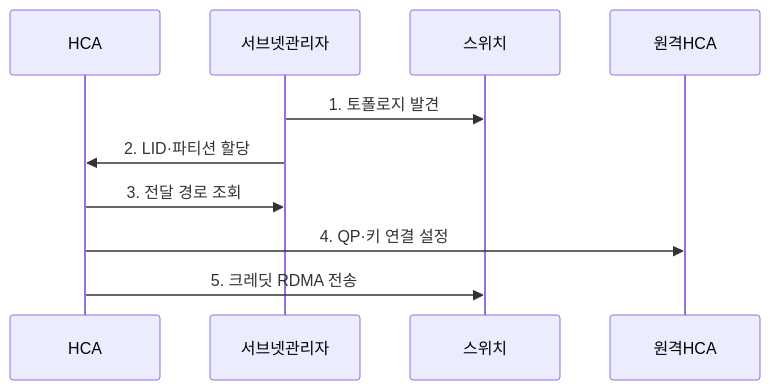
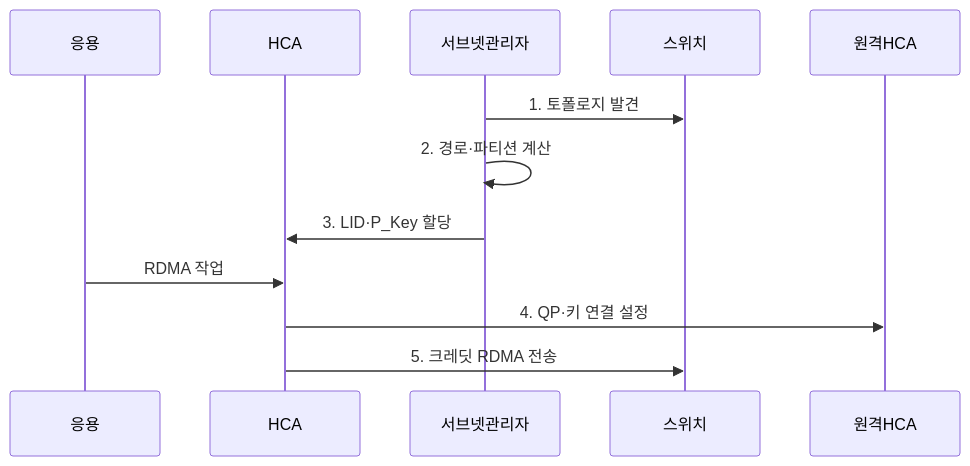
Before and after one commit to agnusdei1207/knowledge-base: the second of 2 diagrams in src/content/docs/notes/04-network/104_infiniband_cluster.md, drawn with Mermaid. The commit also changed other lines of this file and 16 other files, not shown here.

````diff
--- a/src/content/docs/notes/04-network/104_infiniband_cluster.md
+++ b/src/content/docs/notes/04-network/104_infiniband_cluster.md
@@ -84,12 +86,14 @@
 ```mermaid
 sequenceDiagram
+    participant 응용
     participant HCA
     participant 서브넷관리자
     participant 스위치
     participant 원격HCA
     서브넷관리자->>스위치: 1. 토폴로지 발견
-    서브넷관리자->>HCA: 2. LID·파티션 할당
-    HCA->>서브넷관리자: 3. 전달 경로 조회
+    서브넷관리자->>서브넷관리자: 2. 경로·파티션 계산
+    서브넷관리자->>HCA: 3. LID·P_Key 할당
+    응용->>HCA: RDMA 작업
     HCA->>원격HCA: 4. QP·키 연결 설정
     HCA->>스위치: 5. 크레딧 RDMA 전송
 ```
````
